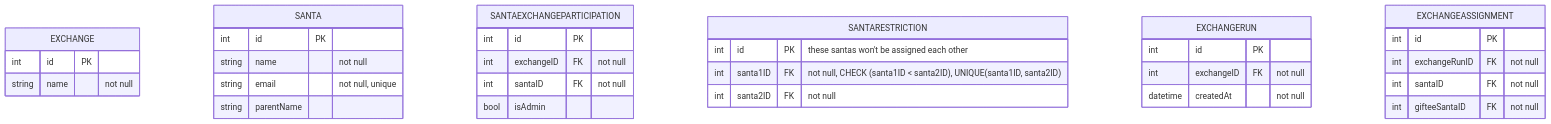
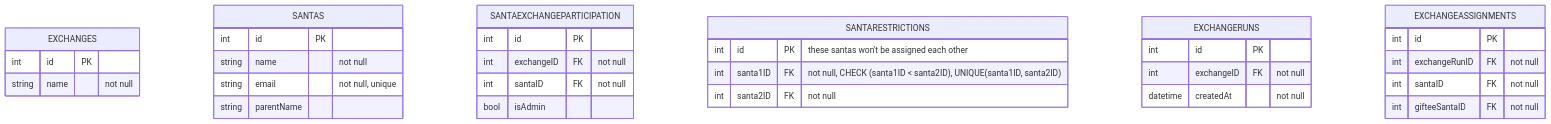
Before and after one commit to pocketry/SecretSantaApp: the diagram in readme.md, drawn with Mermaid. The commit also changed other lines of this file and 4 other files, not shown here.

````diff
--- a/readme.md
+++ b/readme.md
@@ -10,40 +13,40 @@
 ```mermaid
 erDiagram
-    EXCHANGE {
+    EXCHANGES {
         int id PK
         string name "not null"
     }
 
-    SANTA {
+    SANTAS {
         int id PK
         string name "not null"
         string email "not null, unique"
         string parentName
     }
 
     SANTAEXCHANGEPARTICIPATION {
         int id PK
         int exchangeID FK "not null"
         int santaID FK "not null"
         bool isAdmin
     }
 
-    SANTARESTRICTION {
+    SANTARESTRICTIONS {
         int id PK "these santas won't be assigned each other"
         int santa1ID FK "not null, CHECK (santa1ID < santa2ID), UNIQUE(santa1ID, santa2ID)"
         int santa2ID FK "not null"
     }
 
-    EXCHANGERUN {
+    EXCHANGERUNS {
         int id PK
         int exchangeID FK "not null"
         datetime createdAt "not null"
     }
 
-    EXCHANGEASSIGNMENT {
+    EXCHANGEASSIGNMENTS {
         int id PK
         int exchangeRunID FK "not null"
         int santaID FK "not null"
         int gifteeSantaID FK "not null"
     }
 ```
````
